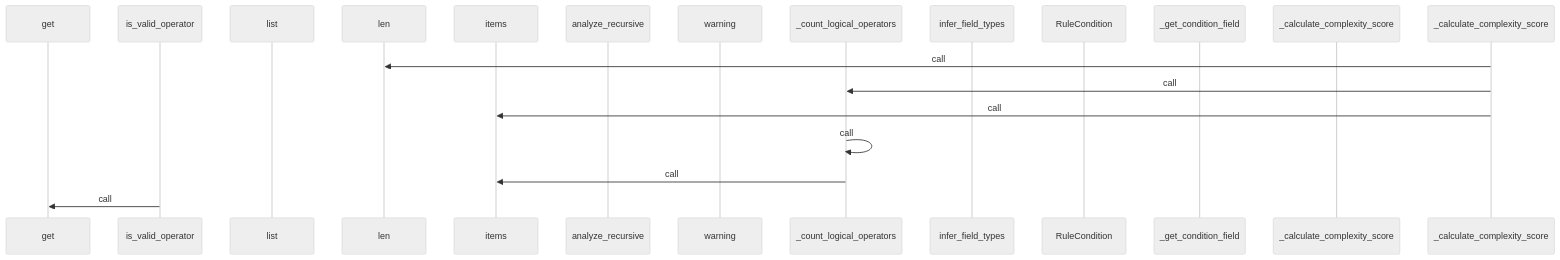
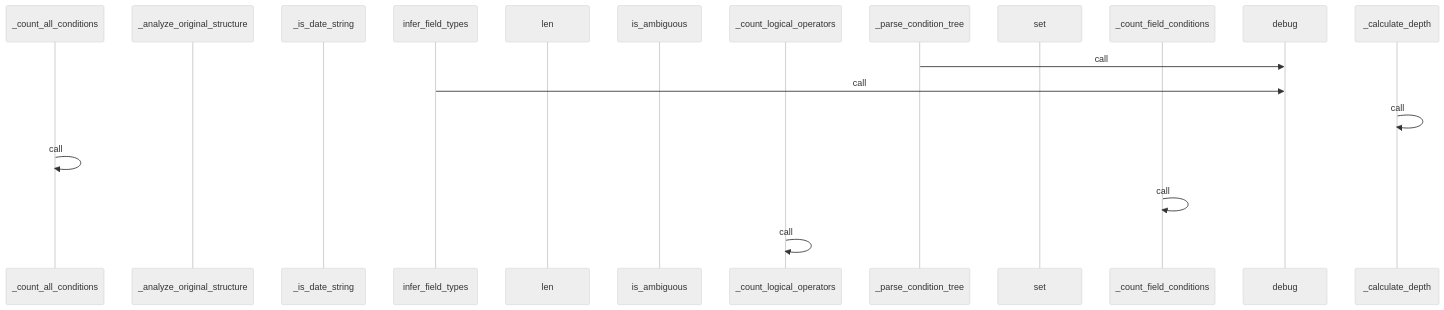
One commit to yeonjae-personal/codemuse-backend changed the third of 4 diagrams in generated_docs/rule_analyzer/analyzers/condition_analyzer.md. Above: the diagram before and after it, drawn with Mermaid (neutral theme). The commit also changed other lines of this file and 3378 other files, not shown here.

````diff
--- a/generated_docs/rule_analyzer/analyzers/condition_analyzer.md
+++ b/generated_docs/rule_analyzer/analyzers/condition_analyzer.md
@@ -337,21 +337,21 @@
 ```mermaid
 sequenceDiagram
-  participant get as get
-  participant is_valid_operator as is_valid_operator
-  participant list as list
+  participant _count_all_conditions as _count_all_conditions
+  participant _analyze_original_struct as _analyze_original_structure
+  participant _is_date_string as _is_date_string
+  participant infer_field_types as infer_field_types
   participant len as len
-  participant items as items
-  participant analyze_recursive as analyze_recursive
-  participant warning as warning
+  participant is_ambiguous as is_ambiguous
   participant _count_logical_operators as _count_logical_operators
-  participant infer_field_types as infer_field_types
-  participant RuleCondition as RuleCondition
-  participant _get_condition_field as _get_condition_field
-  participant _calculate_complexity_sc as _calculate_complexity_score
-  _calculate_complexity_score->>len: call
-  _calculate_complexity_score->>_count_logical_operators: call
-  _calculate_complexity_score->>items: call
+  participant _parse_condition_tree as _parse_condition_tree
+  participant set as set
+  participant _count_field_conditions as _count_field_conditions
+  participant debug as debug
+  participant _calculate_depth as _calculate_depth
+  _parse_condition_tree->>debug: call
+  infer_field_types->>debug: call
+  _calculate_depth->>_calculate_depth: call
+  _count_all_conditions->>_count_all_conditions: call
+  _count_field_conditions->>_count_field_conditions: call
   _count_logical_operators->>_count_logical_operators: call
-  _count_logical_operators->>items: call
-  is_valid_operator->>get: call
 ```
````
